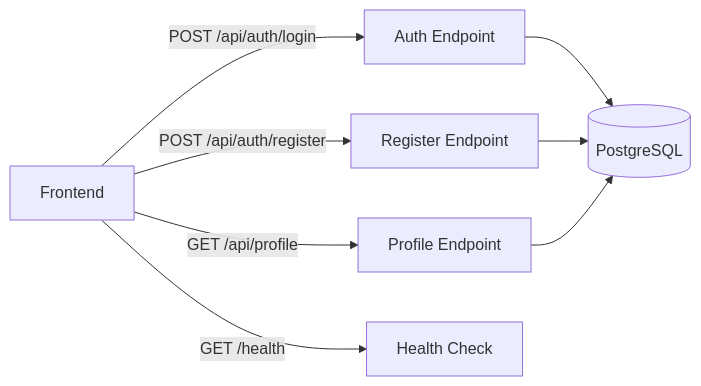
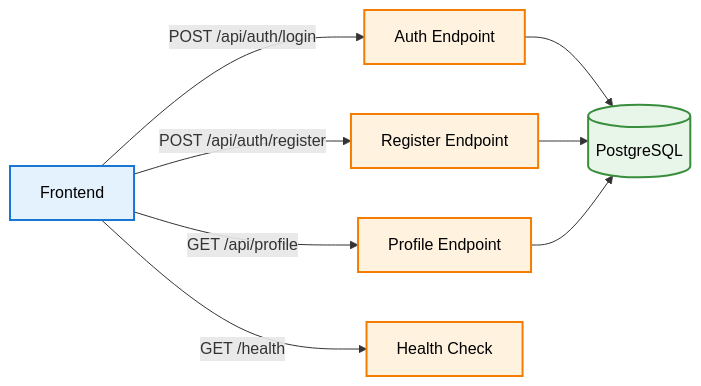
The fourth of 5 diagrams in docs/architecture.md (hamza-berahma/set-game), drawn with Mermaid before and after one commit. The commit also changed other lines of this file and 7 other files, not shown here.

````diff
--- a/docs/architecture.md
+++ b/docs/architecture.md
@@ -152,11 +166,19 @@
 ```mermaid
 graph LR
     Frontend[Frontend] -->|POST /api/auth/login| Auth[Auth Endpoint]
     Frontend -->|POST /api/auth/register| Register[Register Endpoint]
     Frontend -->|GET /api/profile| Profile[Profile Endpoint]
     Frontend -->|GET /health| Health[Health Check]
     
     Auth --> DB[(PostgreSQL)]
     Register --> DB
     Profile --> DB
+    
+    classDef frontend fill:#E3F2FD,stroke:#1976D2,stroke-width:2px,color:#000
+    classDef backend fill:#FFF3E0,stroke:#F57C00,stroke-width:2px,color:#000
+    classDef database fill:#E8F5E9,stroke:#388E3C,stroke-width:2px,color:#000
+    
+    class Frontend frontend
+    class Auth,Register,Profile,Health backend
+    class DB database
 ```
````
